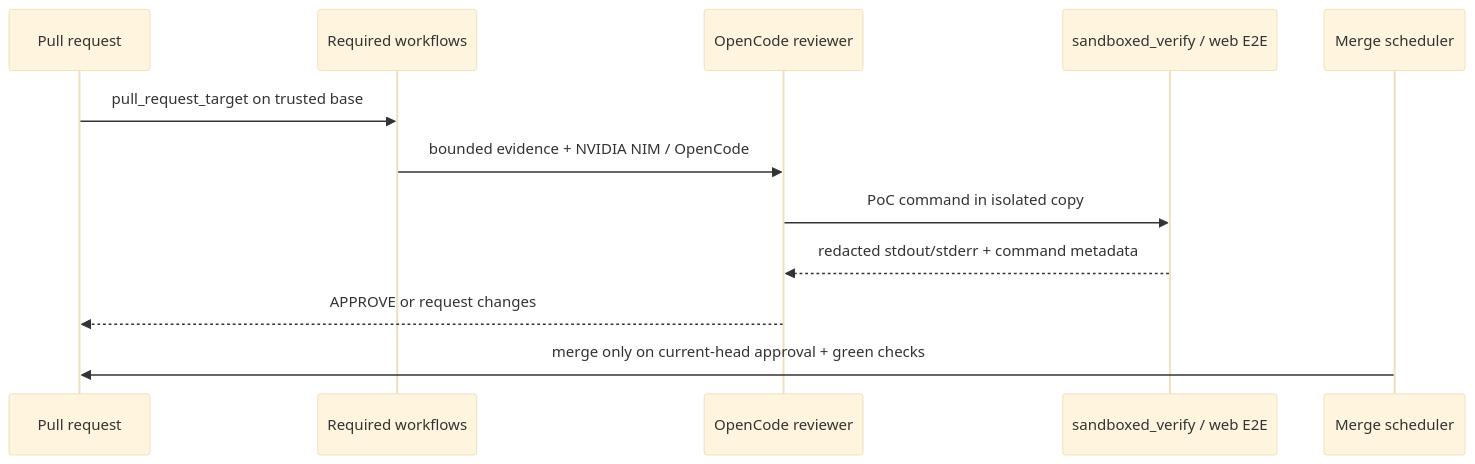
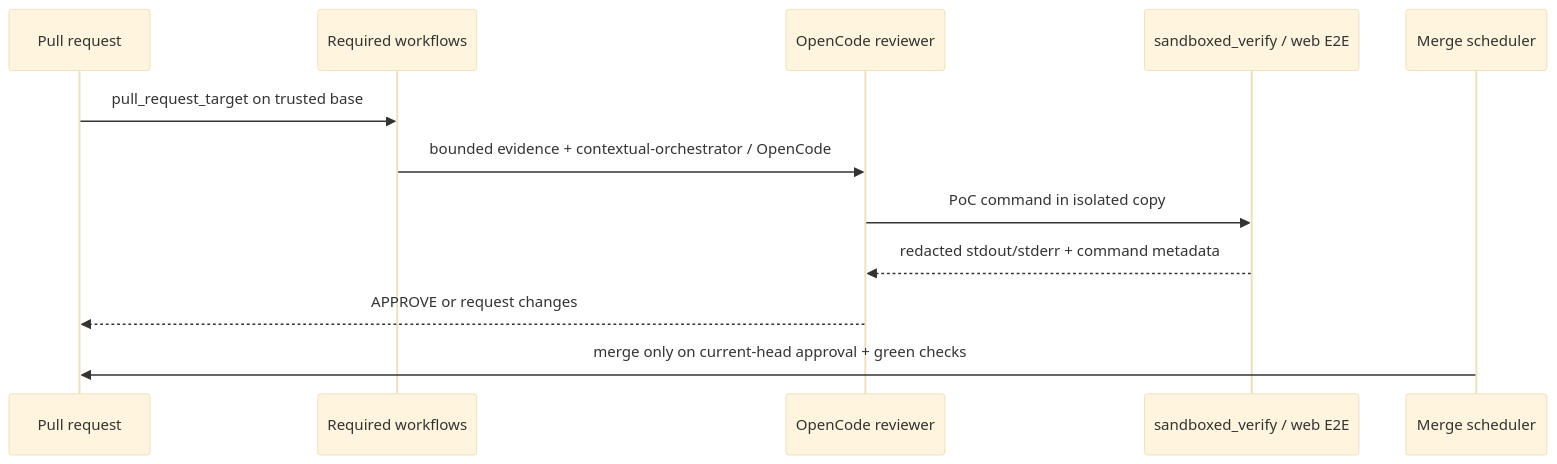
Before and after one commit to ContextualWisdomLab/.github: the third of 3 diagrams in ARCHITECTURE.md, drawn with Mermaid (base theme). The commit also changed other lines of this file and 4 other files, not shown here.

````diff
--- a/ARCHITECTURE.md
+++ b/ARCHITECTURE.md
@@ -75,15 +77,15 @@
 ```mermaid
 sequenceDiagram
   participant PR as Pull request
   participant RW as Required workflows
   participant OC as OpenCode reviewer
   participant SV as sandboxed_verify / web E2E
   participant MS as Merge scheduler
 
   PR->>RW: pull_request_target on trusted base
-  RW->>OC: bounded evidence + NVIDIA NIM / OpenCode
+  RW->>OC: bounded evidence + contextual-orchestrator / OpenCode
   OC->>SV: PoC command in isolated copy
   SV-->>OC: redacted stdout/stderr + command metadata
   OC-->>PR: APPROVE or request changes
   MS->>PR: merge only on current-head approval + green checks
 ```
````
